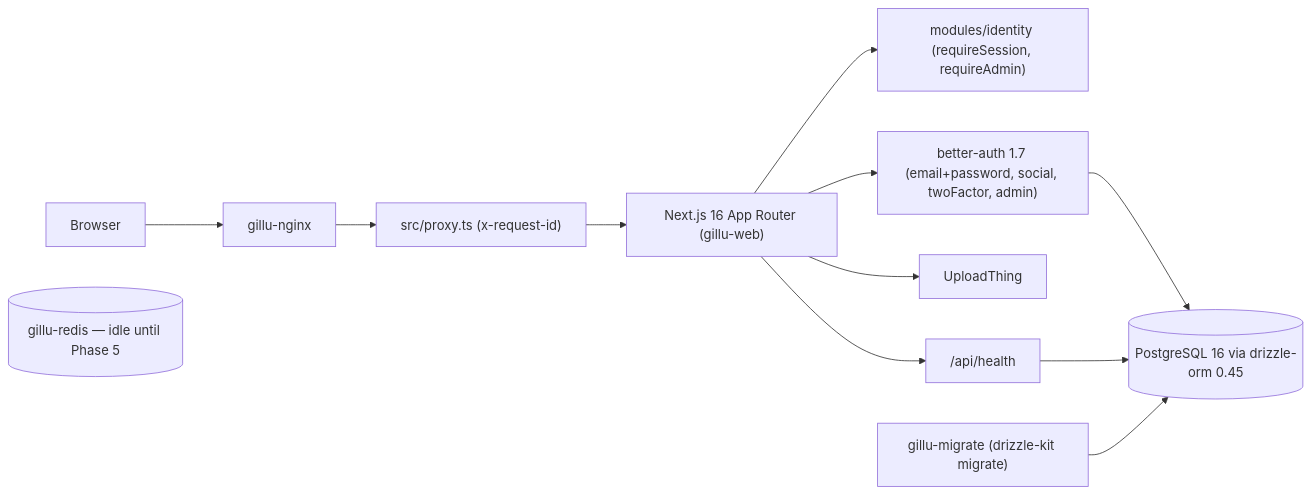
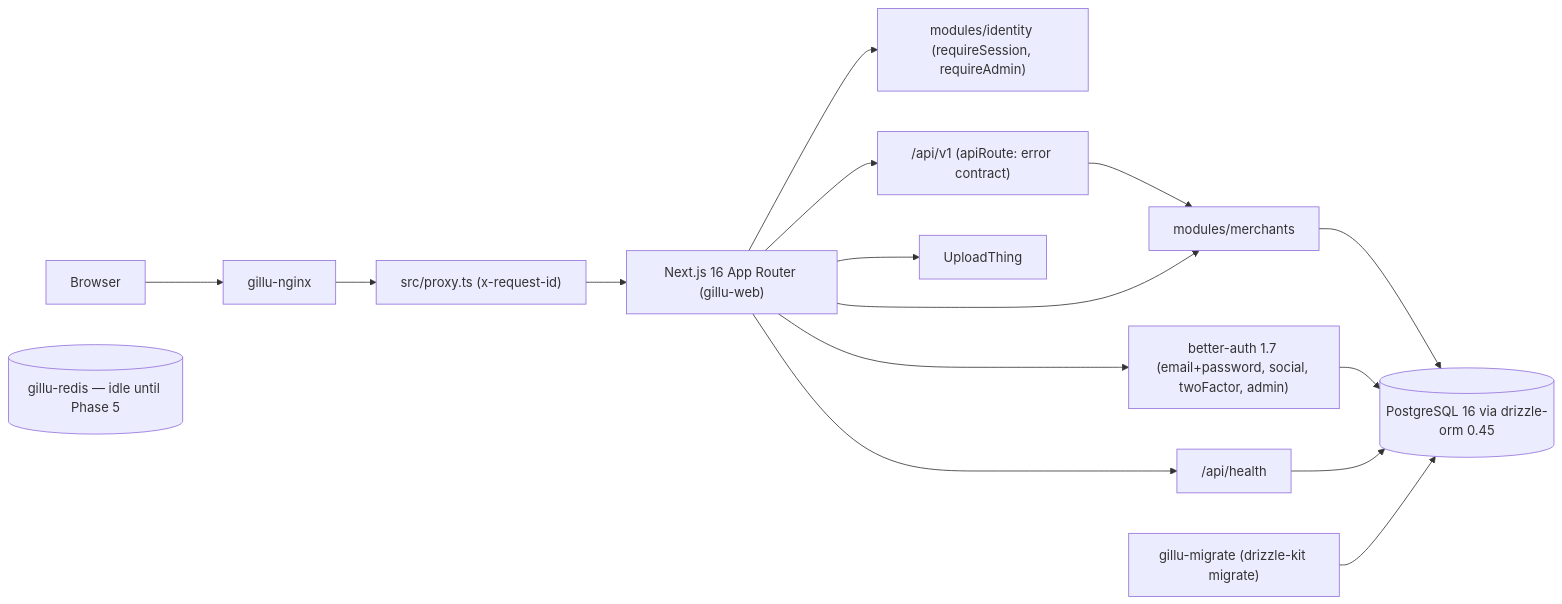
One commit to harshrraj4937/mvmp changed the diagram in docs/architecture.md. Above: the diagram before and after it, drawn with Mermaid. The commit also changed other lines of this file and 6 other files, not shown here.

````diff
--- a/docs/architecture.md
+++ b/docs/architecture.md
@@ -15,14 +16,18 @@
 ```mermaid
 flowchart LR
     B["Browser"] --> NG["gillu-nginx"]
     NG --> PX["src/proxy.ts (x-request-id)"]
     PX --> N["Next.js 16 App Router (gillu-web)"]
     N --> ID["modules/identity (requireSession, requireAdmin)"]
+    N --> API["/api/v1 (apiRoute: error contract)"]
+    API --> M["modules/merchants"]
+    N --> M
+    M --> DB
     N --> BA["better-auth 1.7 (email+password, social, twoFactor, admin)"]
     N --> UT["UploadThing"]
     N --> H["/api/health"]
     BA --> DB[("PostgreSQL 16 via drizzle-orm 0.45")]
     H --> DB
     MIG["gillu-migrate (drizzle-kit migrate)"] --> DB
     R[("gillu-redis — idle until Phase 5")]
 ```
````
